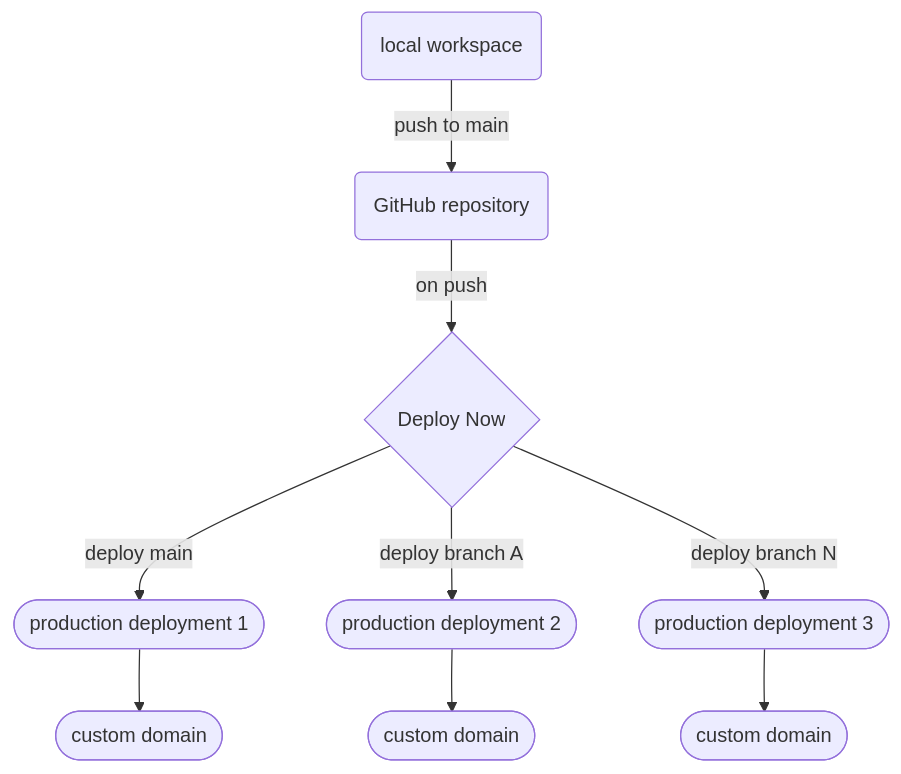
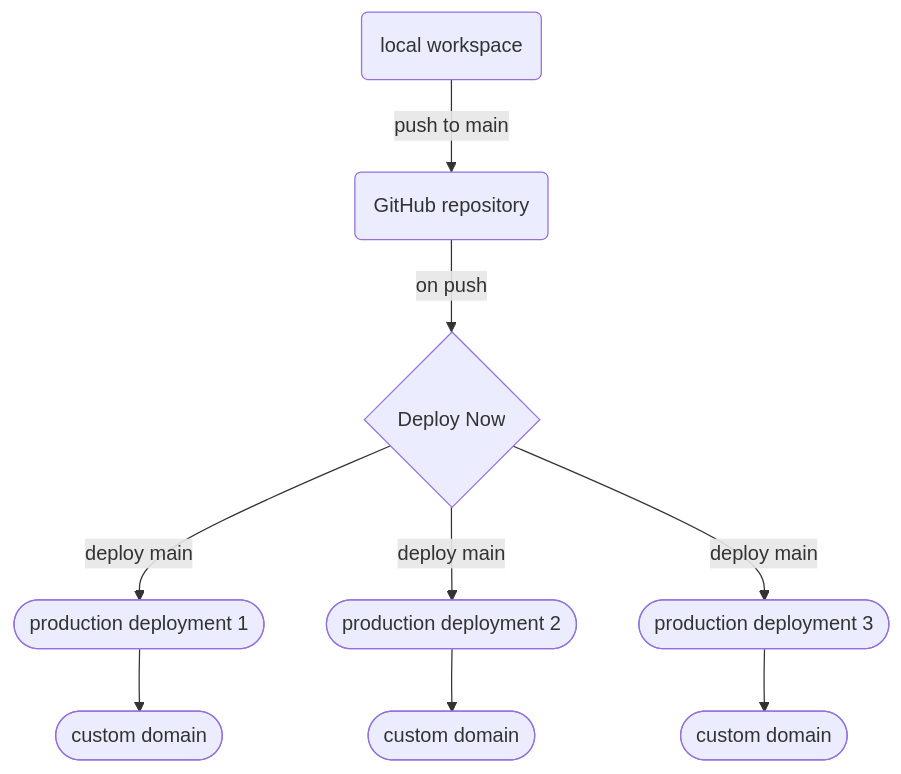
One commit to ionos-deploy-now/documentation changed the diagram in content/docs/multi-deployments.md. Above: the diagram before and after it, drawn with Mermaid.

```diff
--- a/content/docs/multi-deployments.md
+++ b/content/docs/multi-deployments.md
@@ -19,11 +19,11 @@
 ~~~mermaid
 graph TD
     A(local workspace):::active -->|push to main| B(GitHub repository):::active
     B -->|on push| C{Deploy Now}:::active
     C -->|deploy main| D([production deployment 1]):::active
-    C -->|deploy branch A| E([production deployment 2]):::active
-    C -->|deploy branch N| F([production deployment 3]):::active
+    C -->|deploy main| E([production deployment 2]):::active
+    C -->|deploy main| F([production deployment 3]):::active
     D --> D1([custom domain]):::active
     E --> E1([custom domain]):::active
     F --> F1([custom domain]):::active
 ~~~
```
